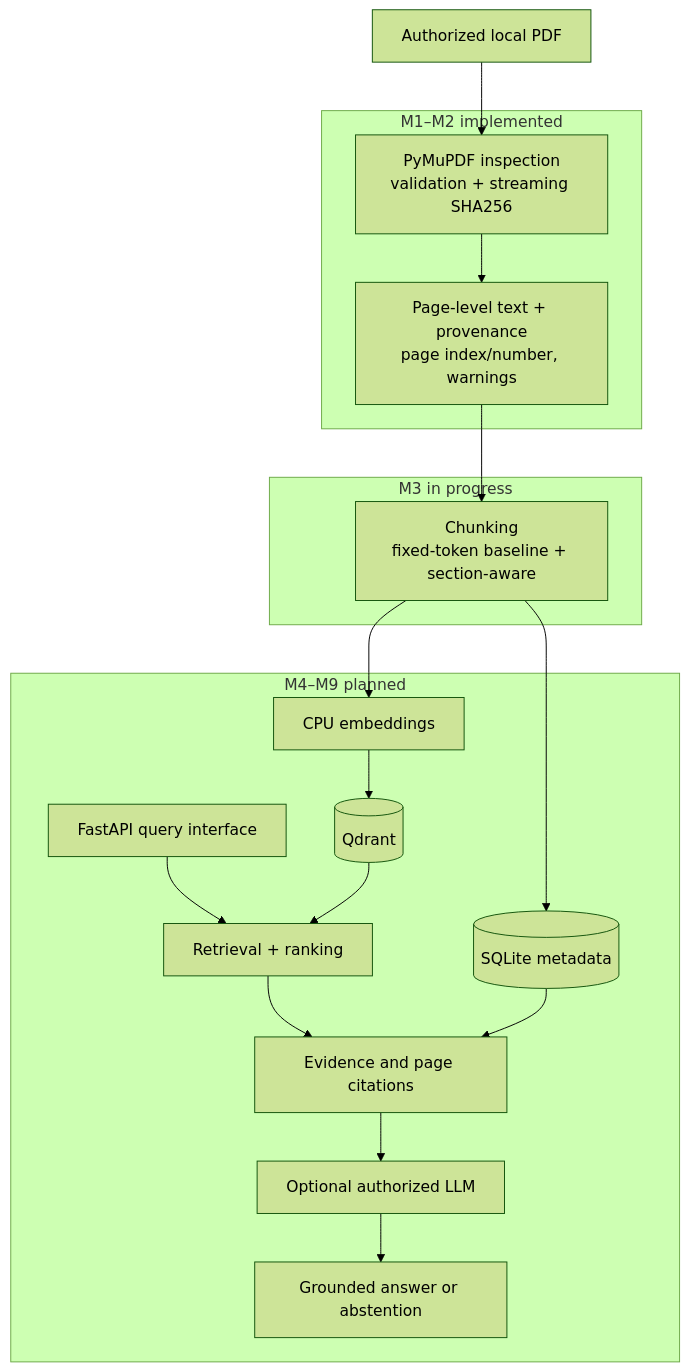
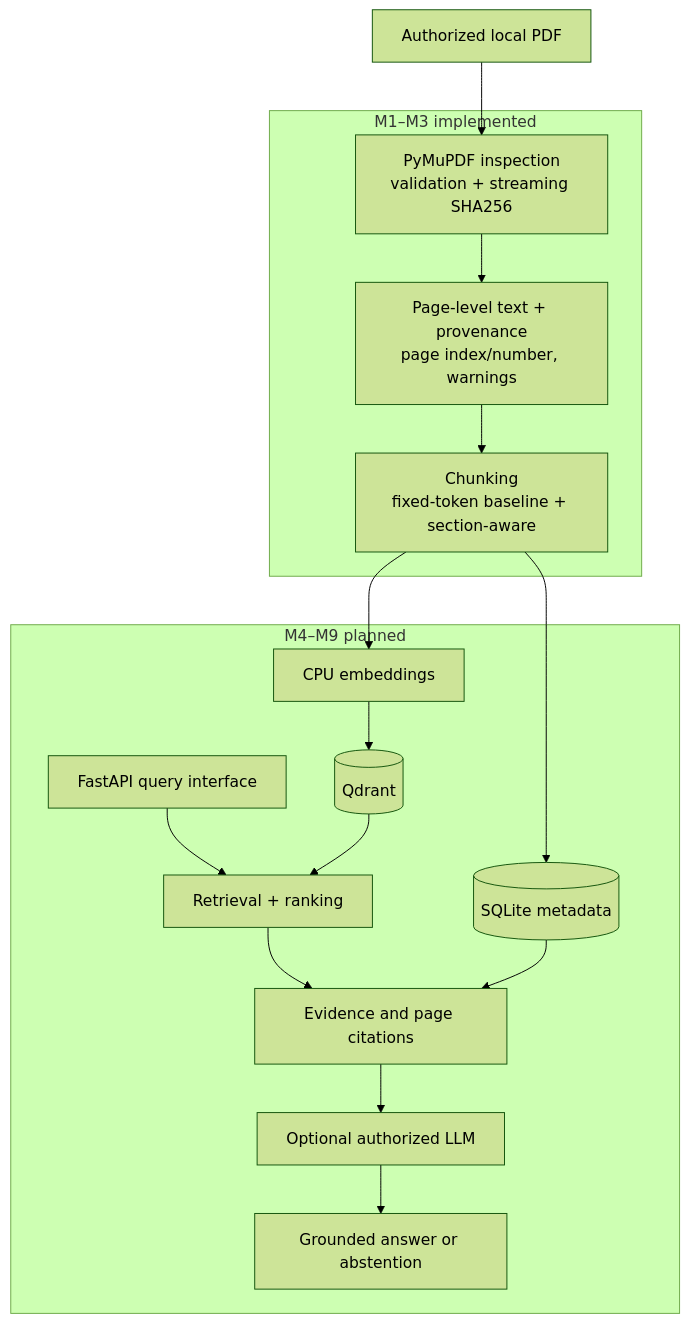
Before and after one commit to hafizshah101-code/industrial-rag-copilot: the diagram in README.md, drawn with Mermaid (forest theme). The commit also changed other lines of this file and 3 other files, not shown here.

First line of the commit message:
docs: finalize M3 implementation status and roadmap

````diff
--- a/README.md
+++ b/README.md
@@ -63,32 +68,30 @@
 ```mermaid
 flowchart TD
 A[Authorized local PDF] --> B[PyMuPDF inspection<br/>validation + streaming SHA256]
 B --> C[Page-level text + provenance<br/>page index/number, warnings]
-subgraph IMPLEMENTED[M1–M2 implemented]
+subgraph IMPLEMENTED[M1–M3 implemented]
 B
 C
-end
-subgraph CURRENT[M3 in progress]
 D[Chunking<br/>fixed-token baseline + section-aware]
 end
 C --> D
 subgraph PLANNED[M4–M9 planned]
 E[CPU embeddings]
 F[(Qdrant)]
 G[(SQLite metadata)]
 H[FastAPI query interface]
 I[Retrieval + ranking]
 J[Evidence and page citations]
 K[Optional authorized LLM]
 L[Grounded answer or abstention]
 E --> F
 D --> E
 D --> G
 H --> I
 F --> I
 I --> J
 G --> J
 J --> K
 K --> L
 end
 ```
````
